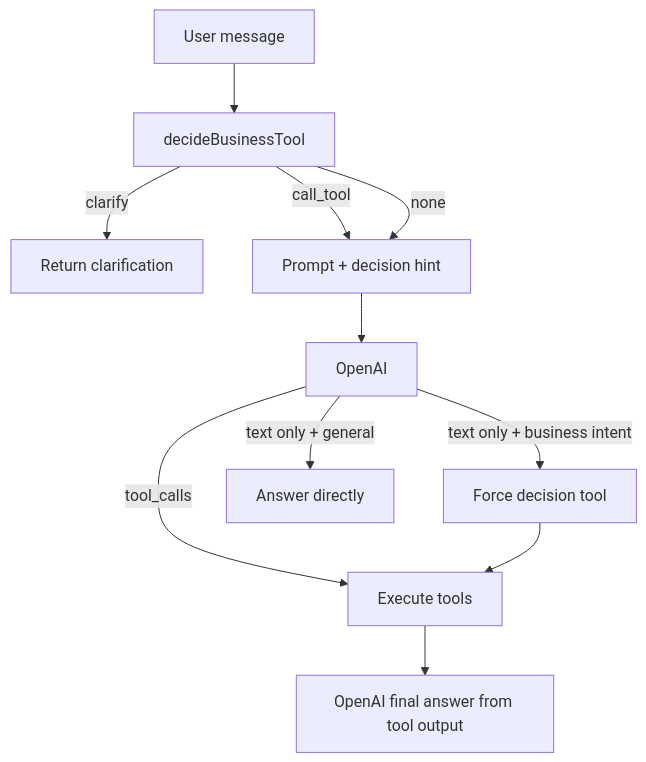
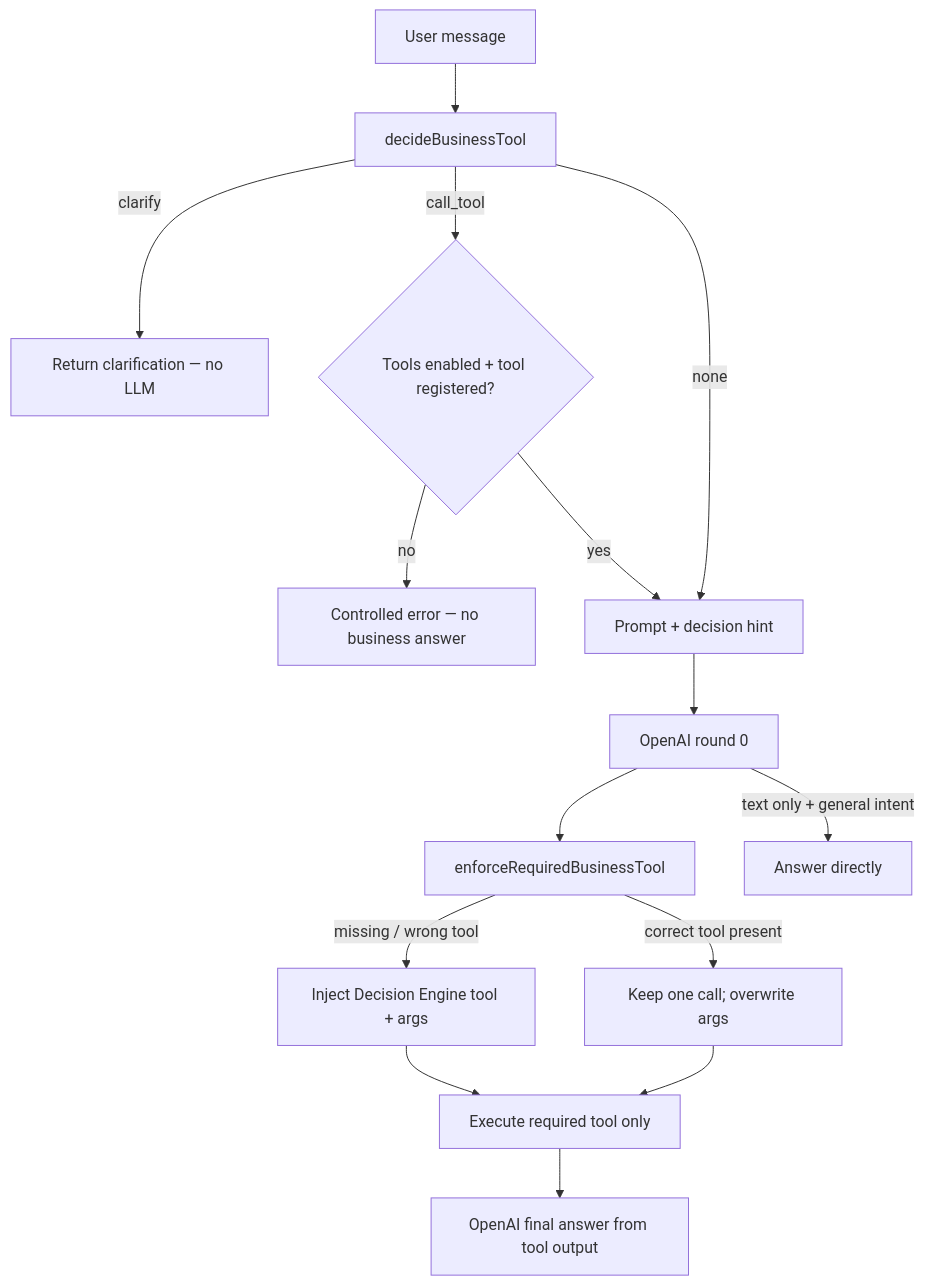
The diagram in doc/features/ai/features/AI Decision Engine.md (shopstack-asia/shopstack-timesheet), drawn with Mermaid before and after one commit. The commit also changed other lines of this file and 8 other files, not shown here.

````diff
--- a/doc/features/ai/features/AI Decision Engine.md
+++ b/doc/features/ai/features/AI Decision Engine.md
@@ -13,13 +13,17 @@
 ```mermaid
 flowchart TD
   U[User message] --> D[decideBusinessTool]
-  D -->|clarify| C[Return clarification]
-  D -->|call_tool| P[Prompt + decision hint]
+  D -->|clarify| C[Return clarification — no LLM]
+  D -->|call_tool| G{Tools enabled + tool registered?}
+  G -->|no| E[Controlled error — no business answer]
+  G -->|yes| P[Prompt + decision hint]
   D -->|none| P
-  P --> LLM[OpenAI]
-  LLM -->|tool_calls| X[Execute tools]
-  LLM -->|text only + business intent| F[Force decision tool]
-  F --> X
+  P --> LLM[OpenAI round 0]
+  LLM --> EN[enforceRequiredBusinessTool]
+  EN -->|missing / wrong tool| F[Inject Decision Engine tool + args]
+  EN -->|correct tool present| A1[Keep one call; overwrite args]
+  F --> X[Execute required tool only]
+  A1 --> X
   X --> LLM2[OpenAI final answer from tool output]
-  LLM -->|text only + general| A[Answer directly]
+  LLM -->|text only + general intent| A[Answer directly]
 ```
````
